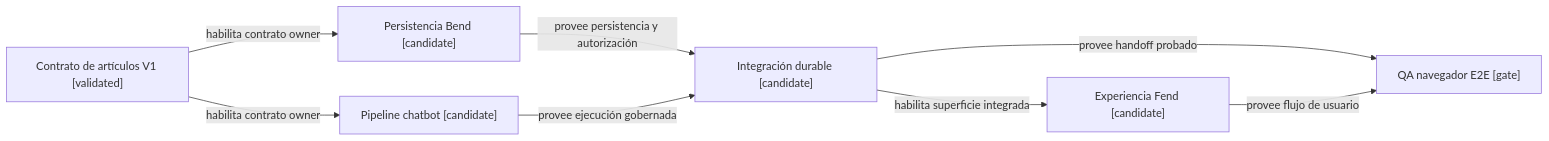
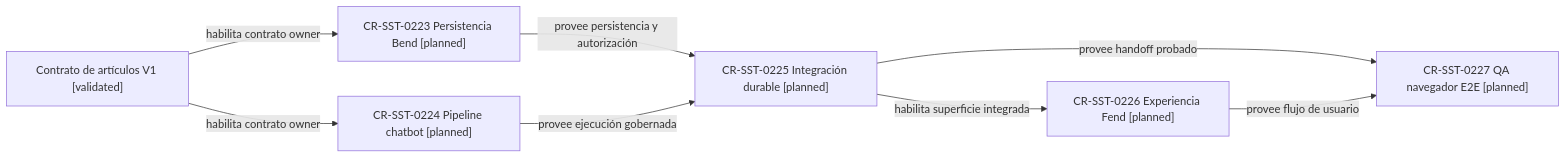
The diagram in evidence/requests/CR-SST-0220/owner-request-allocation-preflight-2026-08-27.md (afpogo/4uentes-ards-control-plane), drawn with Mermaid before and after one commit. The commit also changed other lines of this file and 17 other files, not shown here.

````diff
--- a/evidence/requests/CR-SST-0220/owner-request-allocation-preflight-2026-08-27.md
+++ b/evidence/requests/CR-SST-0220/owner-request-allocation-preflight-2026-08-27.md
@@ -40,16 +51,16 @@
 ```mermaid
 flowchart LR
     CONTRACT["Contrato de artículos V1 [validated]"]
-    BEND["Persistencia Bend [candidate]"]
-    BOT["Pipeline chatbot [candidate]"]
-    INTEGRATION["Integración durable [candidate]"]
-    FEND["Experiencia Fend [candidate]"]
-    E2E["QA navegador E2E [gate]"]
+    BEND["CR-SST-0223 Persistencia Bend [planned]"]
+    BOT["CR-SST-0224 Pipeline chatbot [planned]"]
+    INTEGRATION["CR-SST-0225 Integración durable [planned]"]
+    FEND["CR-SST-0226 Experiencia Fend [planned]"]
+    E2E["CR-SST-0227 QA navegador E2E [planned]"]
     CONTRACT -->|"habilita contrato owner"| BEND
     CONTRACT -->|"habilita contrato owner"| BOT
     BEND -->|"provee persistencia y autorización"| INTEGRATION
     BOT -->|"provee ejecución gobernada"| INTEGRATION
     INTEGRATION -->|"habilita superficie integrada"| FEND
     INTEGRATION -->|"provee handoff probado"| E2E
     FEND -->|"provee flujo de usuario"| E2E
 ```
````
